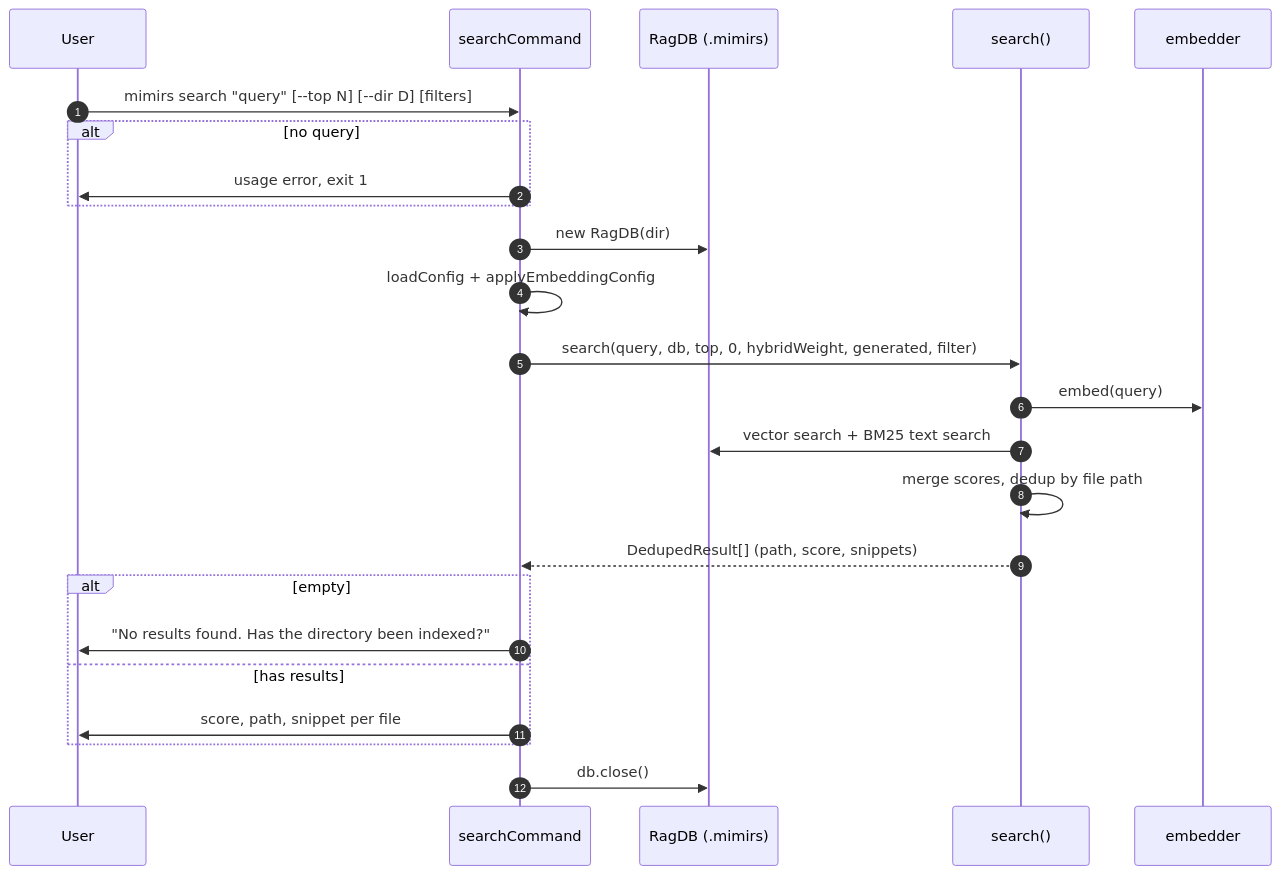
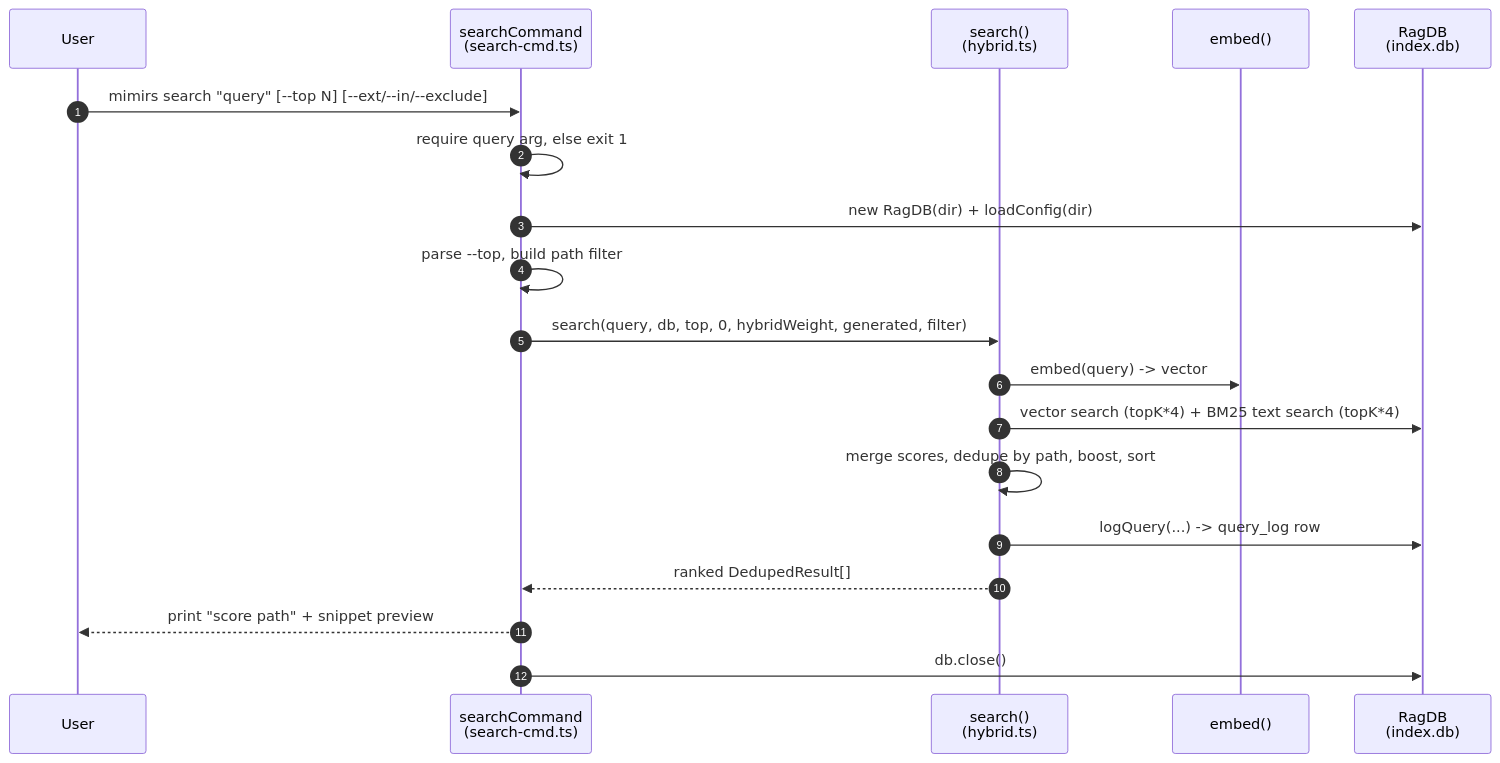
Before and after one commit to TheWinci/mimirs: the diagram in wiki/cli/search.md, drawn with Mermaid. The commit also changed other lines of this file and 51 other files, not shown here.

````diff
--- a/wiki/cli/search.md
+++ b/wiki/cli/search.md
@@ -24,27 +11,22 @@
 ```mermaid
 sequenceDiagram
     autonumber
     participant User
-    participant Cmd as searchCommand
-    participant DB as RagDB (.mimirs)
-    participant Search as search()
-    participant Embed as embedder
+    participant CLI as searchCommand<br>(search-cmd.ts)
+    participant Hybrid as search()<br>(hybrid.ts)
+    participant Embed as embed()
+    participant DB as RagDB<br>(index.db)
 
-    User->>Cmd: mimirs search "query" [--top N] [--dir D] [filters]
-    alt no query
-        Cmd->>User: usage error, exit 1
-    end
-    Cmd->>DB: new RagDB(dir)
-    Cmd->>Cmd: loadConfig + applyEmbeddingConfig
-    Cmd->>Search: search(query, db, top, 0, hybridWeight, generated, filter)
-    Search->>Embed: embed(query)
-    Search->>DB: vector search + BM25 text search
-    Search->>Search: merge scores, dedup by file path
-    Search-->>Cmd: DedupedResult[] (path, score, snippets)
-    alt empty
-        Cmd->>User: "No results found. Has the directory been indexed?"
-    else has results
-        Cmd->>User: score, path, snippet per file
-    end
-    Cmd->>DB: db.close()
+    User->>CLI: mimirs search "query" [--top N] [--ext/--in/--exclude]
+    CLI->>CLI: require query arg, else exit 1
+    CLI->>DB: new RagDB(dir) + loadConfig(dir)
+    CLI->>CLI: parse --top, build path filter
+    CLI->>Hybrid: search(query, db, top, 0, hybridWeight, generated, filter)
+    Hybrid->>Embed: embed(query) -> vector
+    Hybrid->>DB: vector search (topK*4) + BM25 text search (topK*4)
+    Hybrid->>Hybrid: merge scores, dedupe by path, boost, sort
+    Hybrid->>DB: logQuery(...) -> query_log row
+    Hybrid-->>CLI: ranked DedupedResult[]
+    CLI-->>User: print "score  path" + snippet preview
+    CLI->>DB: db.close()
 ```
````
